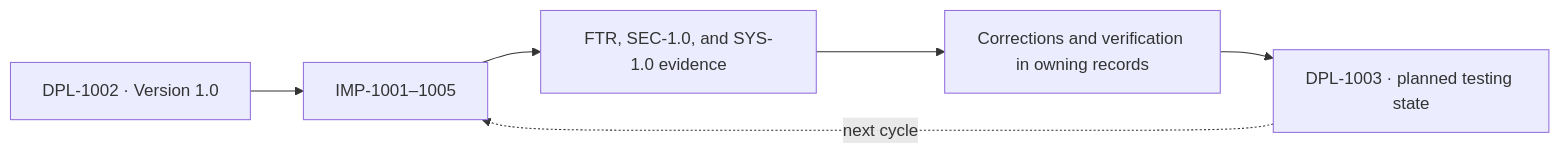
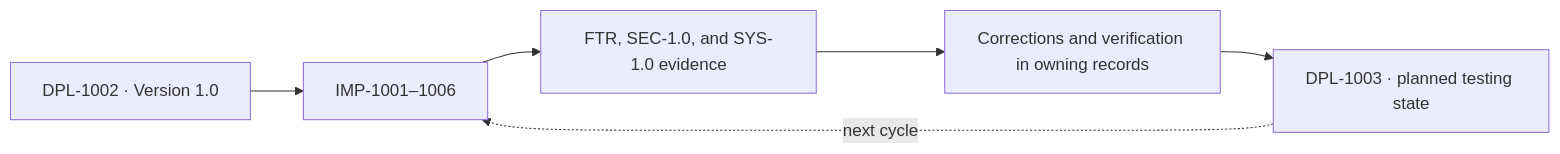
One commit to Akiirolabs/IOVault changed the diagram in docs/implementation-system/README.md. Above: the diagram before and after it, drawn with Mermaid. The commit also changed other lines of this file and 13 other files, not shown here.

````diff
--- a/docs/implementation-system/README.md
+++ b/docs/implementation-system/README.md
@@ -19,8 +20,8 @@
 ```mermaid
 flowchart LR
-  Current["DPL-1002 · Version 1.0"] --> IMP["IMP-1001–1005"]
+  Current["DPL-1002 · Version 1.0"] --> IMP["IMP-1001–1006"]
   IMP --> Review["FTR, SEC-1.0, and SYS-1.0 evidence"]
   Review --> Verify["Corrections and verification in owning records"]
   Verify --> Next["DPL-1003 · planned testing state"]
   Next -. "next cycle" .-> IMP
 ```
````
